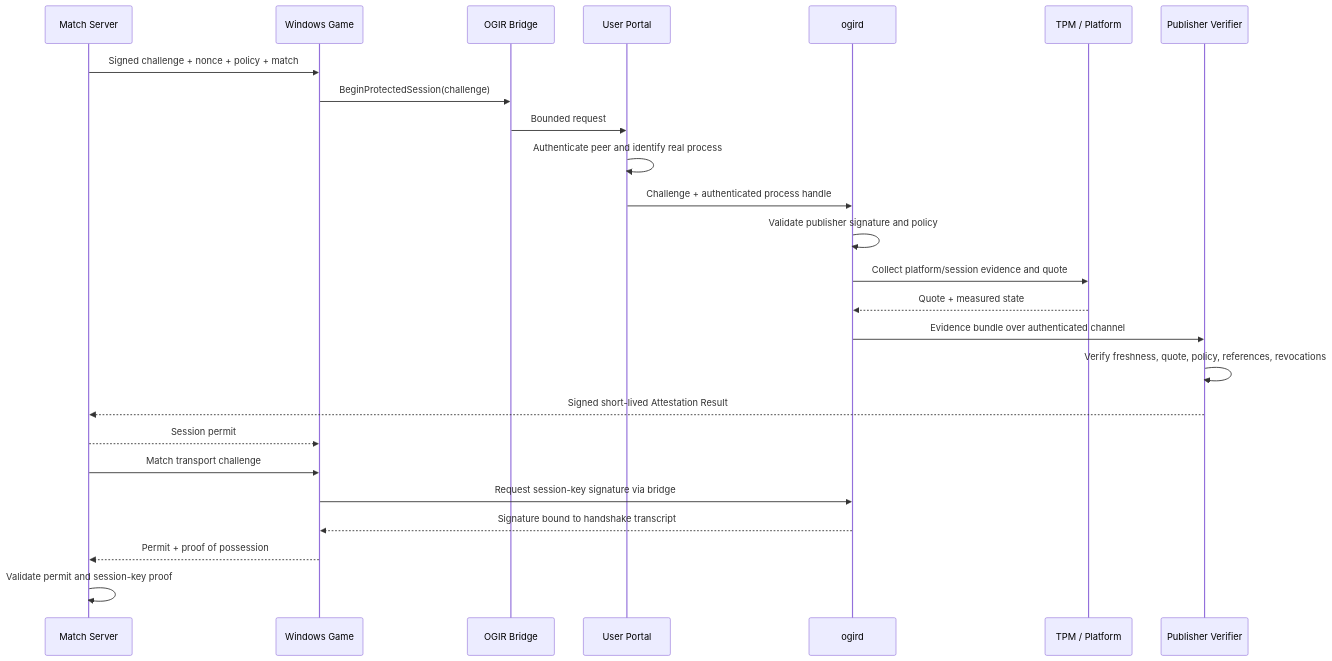
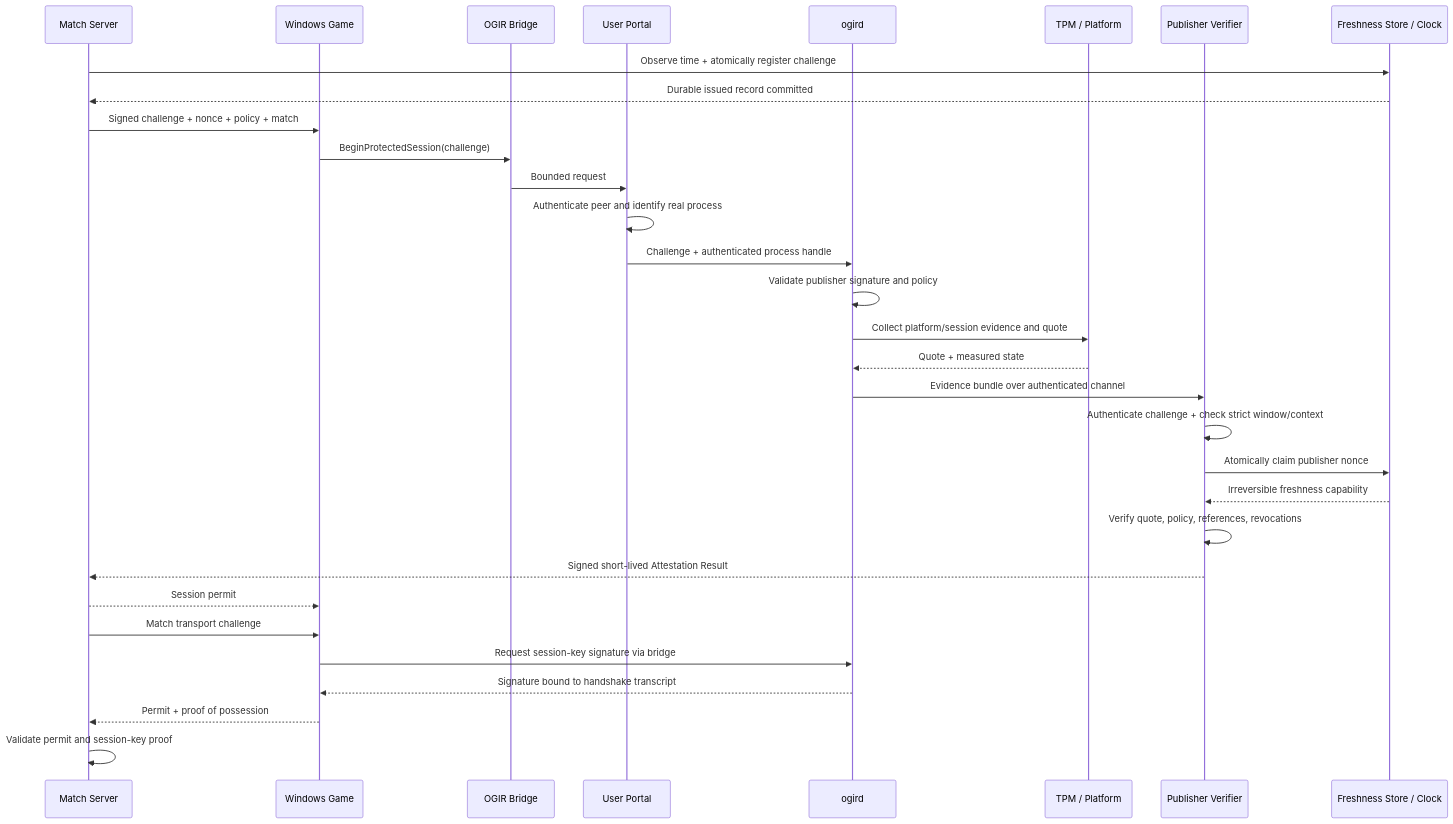
The second of 2 diagrams in docs/ARCHITECTURE.md (archledger/open-game-integrity-runtime), drawn with Mermaid before and after one commit. The commit also changed other lines of this file and 9 other files, not shown here.

Commit message:
docs: record challenge freshness decision

````diff
--- a/docs/ARCHITECTURE.md
+++ b/docs/ARCHITECTURE.md
@@ -202,28 +211,34 @@
 ```mermaid
 sequenceDiagram
     participant S as Match Server
     participant G as Windows Game
     participant B as OGIR Bridge
     participant P as User Portal
     participant A as ogird
     participant T as TPM / Platform
     participant V as Publisher Verifier
+    participant F as Freshness Store / Clock
 
+    S->>F: Observe time + atomically register challenge
+    F-->>S: Durable issued record committed
     S->>G: Signed challenge + nonce + policy + match
     G->>B: BeginProtectedSession(challenge)
     B->>P: Bounded request
     P->>P: Authenticate peer and identify real process
     P->>A: Challenge + authenticated process handle
     A->>A: Validate publisher signature and policy
     A->>T: Collect platform/session evidence and quote
     T-->>A: Quote + measured state
     A->>V: Evidence bundle over authenticated channel
-    V->>V: Verify freshness, quote, policy, references, revocations
+    V->>V: Authenticate challenge + check strict window/context
+    V->>F: Atomically claim publisher nonce
+    F-->>V: Irreversible freshness capability
+    V->>V: Verify quote, policy, references, revocations
     V-->>S: Signed short-lived Attestation Result
     S-->>G: Session permit
     S->>G: Match transport challenge
     G->>A: Request session-key signature via bridge
     A-->>G: Signature bound to handshake transcript
     G-->>S: Permit + proof of possession
     S->>S: Validate permit and session-key proof
 ```
````
